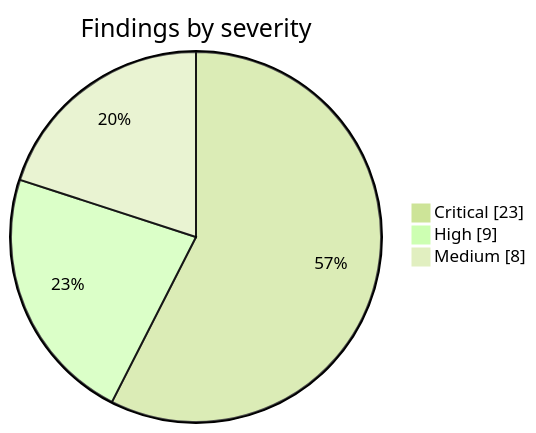
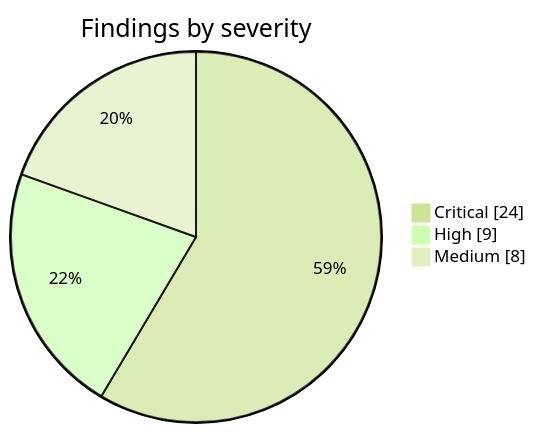
The second of 2 diagrams in benchmark/RESULTS-blackbox.md (0xElement/ARCHON1), drawn with Mermaid (forest theme) before and after one commit. The commit also changed other lines of this file and 2 other files, not shown here.

````diff
--- a/benchmark/RESULTS-blackbox.md
+++ b/benchmark/RESULTS-blackbox.md
@@ -35,6 +35,6 @@
 ```mermaid
 pie showData title Findings by severity
-  "Critical" : 23
+  "Critical" : 24
   "High" : 9
   "Medium" : 8
 ```
````
